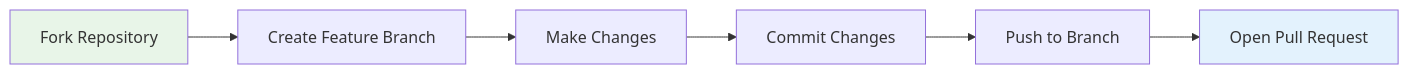
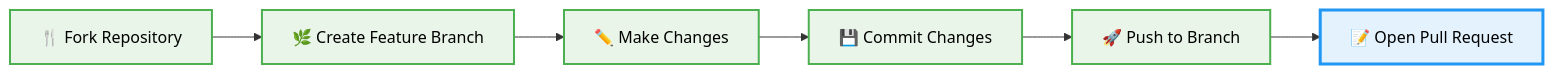
Before and after one commit to VIKAS9793/ai-interviewer-langchain: the fourth of 4 diagrams in README.md, drawn with Mermaid. The commit also changed other lines of this file, not shown here.

First line of the commit message:
fix: improve Mermaid diagram visibility and contrast in README

````diff
--- a/README.md
+++ b/README.md
@@ -641,11 +653,14 @@
 ```mermaid
-graph LR
-    A[Fork Repository] --> B[Create Feature Branch]
-    B --> C[Make Changes] 
-    C --> D[Commit Changes]
-    D --> E[Push to Branch]
-    E --> F[Open Pull Request]
+flowchart LR
+    A["🍴 Fork Repository"] --> B["🌿 Create Feature Branch"]
+    B --> C["✏️ Make Changes"] 
+    C --> D["💾 Commit Changes"]
+    D --> E["🚀 Push to Branch"]
+    E --> F["📝 Open Pull Request"]
     
-    style A fill:#e8f5e8
-    style F fill:#e3f2fd
+    classDef step fill:#e8f5e8,stroke:#4caf50,stroke-width:2px,color:#000000
+    classDef final fill:#e3f2fd,stroke:#2196f3,stroke-width:3px,color:#000000
+    
+    class A,B,C,D,E step
+    class F final
 ```
````
